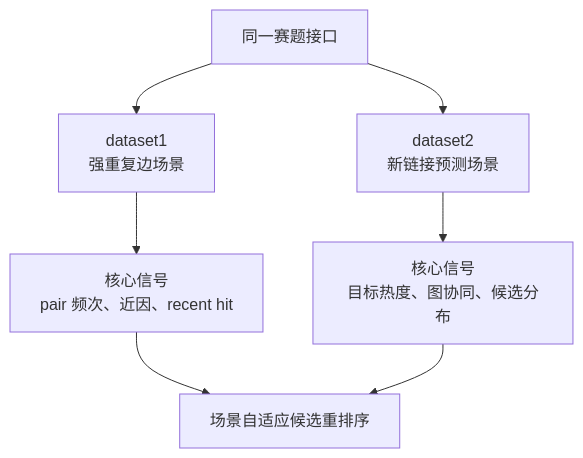
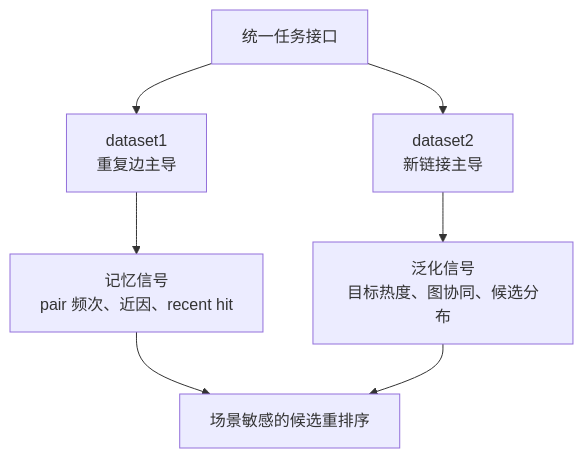
The second of 4 diagrams in docs/research/problem-overview.md (Puiching-Memory/jittor-GPNUT1-JGRec), drawn with Mermaid before and after one commit. The commit also changed other lines of this file and 8 other files, not shown here.

First line of the commit message:
docs: 重构和美化全套技术文档，引入 Mermaid 流程图与 LaTeX 数学公式

````diff
--- a/docs/research/problem-overview.md
+++ b/docs/research/problem-overview.md
@@ -110,9 +175,9 @@
 ```mermaid
 flowchart TB
-    A["同一赛题接口"] --> B["dataset1<br/>强重复边场景"]
-    A --> C["dataset2<br/>新链接预测场景"]
-    B --> D["核心信号<br/>pair 频次、近因、recent hit"]
-    C --> E["核心信号<br/>目标热度、图协同、候选分布"]
-    D --> F["场景自适应候选重排序"]
+    A["统一任务接口"] --> B["dataset1<br/>重复边主导"]
+    A --> C["dataset2<br/>新链接主导"]
+    B --> D["记忆信号<br/>pair 频次、近因、recent hit"]
+    C --> E["泛化信号<br/>目标热度、图协同、候选分布"]
+    D --> F["场景敏感的候选重排序"]
     E --> F
 ```
````
